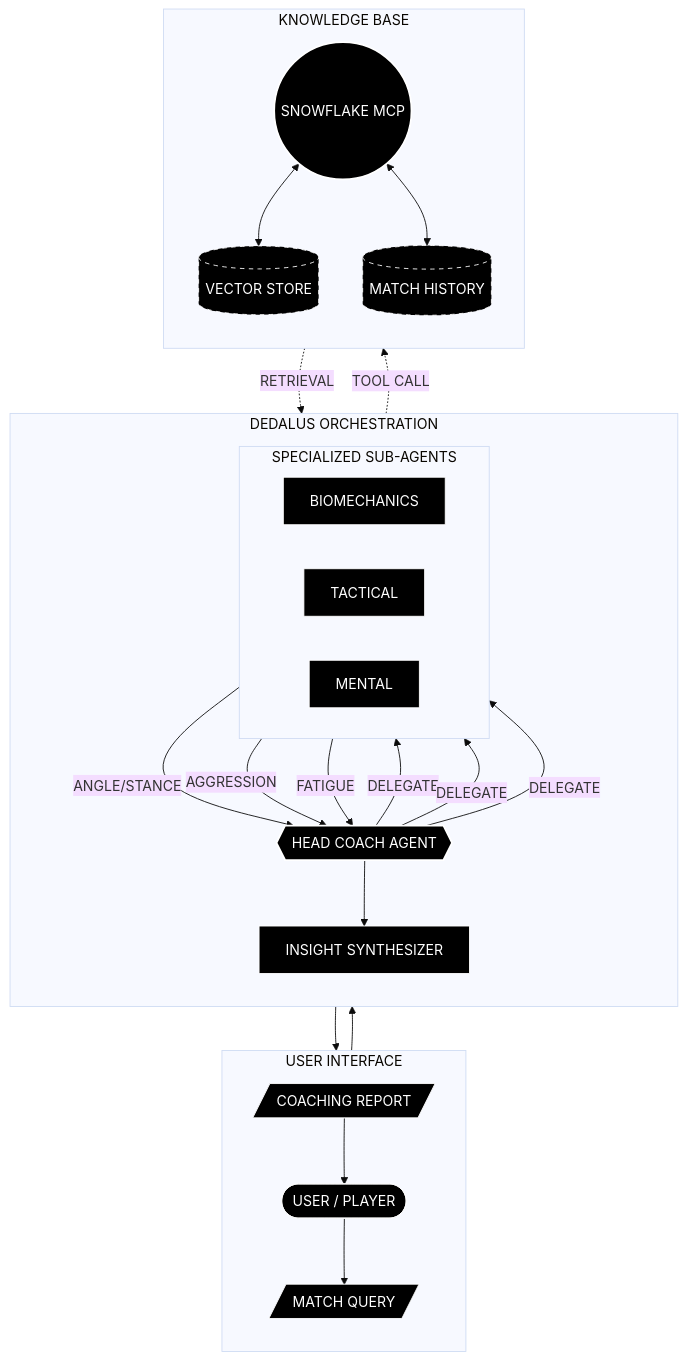
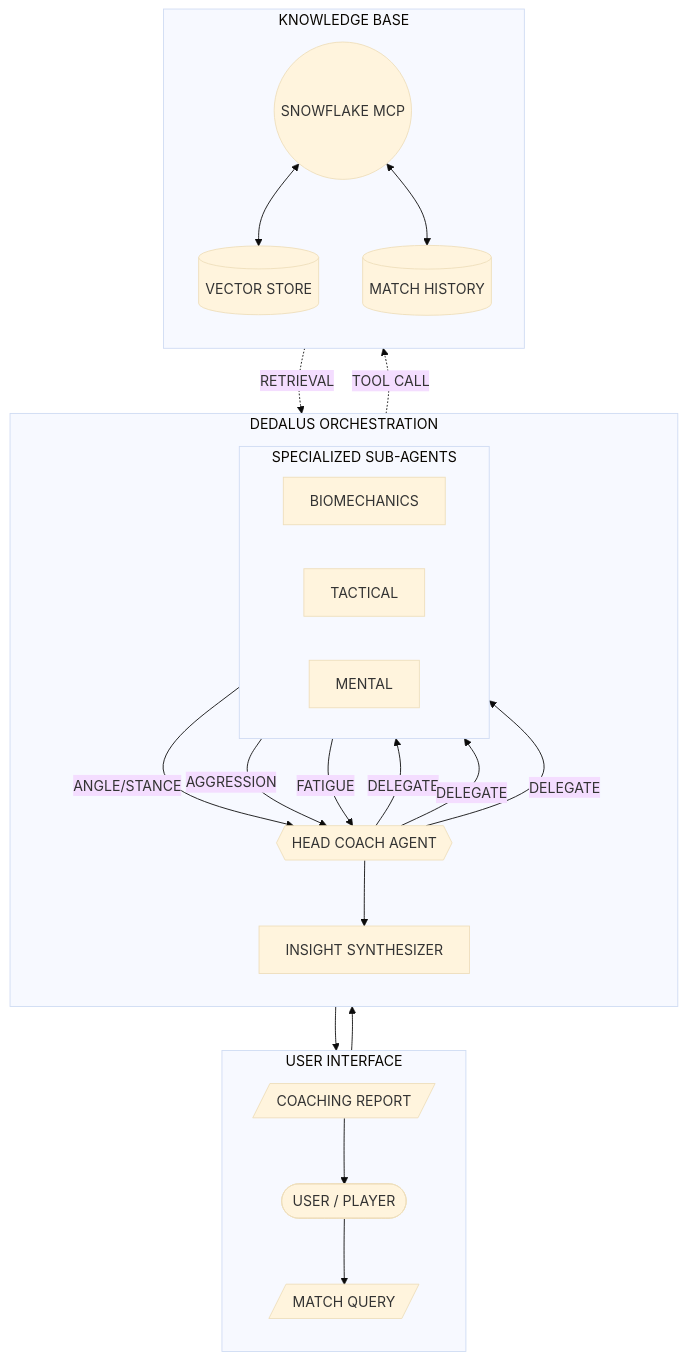
One commit to akhilm2223/TT-HACKCOLUMBAI changed the first of 2 diagrams in README/README.md. Above: the diagram before and after it, drawn with Mermaid (base theme). The commit also changed other lines of this file, not shown here.

````diff
--- a/README/README.md
+++ b/README/README.md
@@ -9,70 +9,54 @@
 ```mermaid
-graph TB
-    %% High Contrast "Blueprint" Style
-    classDef box fill:#000,stroke:#fff,stroke-width:1px,color:#fff;
-    classDef proc fill:#000,stroke:#fff,stroke-width:2px,color:#fff;
-    classDef db fill:#000,stroke:#fff,stroke-width:1px,stroke-dasharray: 5 5,color:#fff;
-
-    %% ---------------------------------------------------------
+graph TD
     %% 1. USER INTERFACE LAYER
-    %% ---------------------------------------------------------
     subgraph UI [USER INTERFACE]
         direction TB
         User([USER / PLAYER])
         Query[/"MATCH QUERY"/]
         Response[/"COACHING REPORT"/]
     end
 
-    %% ---------------------------------------------------------
     %% 2. INTELLIGENCE LAYERS
-    %% ---------------------------------------------------------
     subgraph Brain [DEDALUS ORCHESTRATION]
         direction TB
         Orchestrator{{HEAD COACH AGENT}}
 
         subgraph Agents [SPECIALIZED SUB-AGENTS]
             direction LR
             Bio[BIOMECHANICS]
             Tac[TACTICAL]
             Men[MENTAL]
         end
 
         Synthesizer[INSIGHT SYNTHESIZER]
     end
 
-    %% ---------------------------------------------------------
     %% 3. KNOWLEDGE LAYER (SNOWFLAKE)
-    %% ---------------------------------------------------------
     subgraph Memory [KNOWLEDGE BASE]
         direction TB
         MCP((SNOWFLAKE MCP))
         Vectors[(VECTOR STORE)]
         History[(MATCH HISTORY)]
     end
 
     %% CONNECTIONS
     User --> Query
     Query --> Orchestrator
 
     Orchestrator -- "DELEGATE" --> Bio
     Orchestrator -- "DELEGATE" --> Tac
     Orchestrator -- "DELEGATE" --> Men
 
     Bio -- "ANGLE/STANCE" --> Orchestrator
     Tac -- "AGGRESSION" --> Orchestrator
     Men -- "FATIGUE" --> Orchestrator
 
     Orchestrator -.->|TOOL CALL| MCP
     MCP <--> Vectors
     MCP <--> History
     MCP -.->|RETRIEVAL| Orchestrator
 
     Orchestrator --> Synthesizer
     Synthesizer --> Response
     Response --> User
-
-    %% APPLY STYLES
-    class User,Query,Response,Bio,Tac,Men,Synthesizer box;
-    class Orchestrator,MCP proc;
-    class Vectors,History db;
 ```
````
